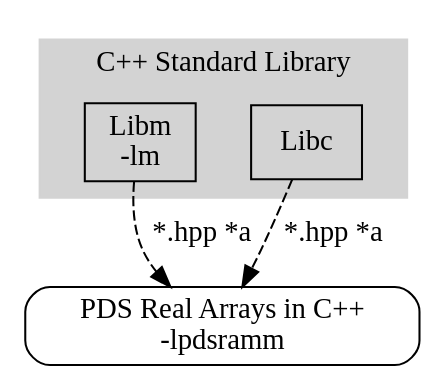
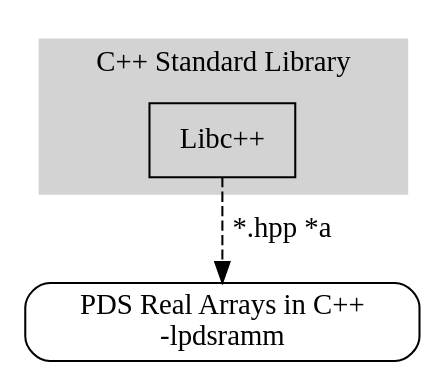
Before and after one commit to trucomanx/libpdsramm: the diagram in manual/imagenes/compilar.dot, drawn with Graphviz. The commit also changed 19 other files, not shown here.

```diff
--- a/manual/imagenes/compilar.dot
+++ b/manual/imagenes/compilar.dot
@@ -1,22 +1,20 @@
 digraph G {
 
 	node [ shape = "Mrecord"  ];
 
 	subgraph cluster_0{
 
 		node [ shape = "box"  ];
 
 		style = filled;
 		color = lightgrey;
 		label = "C++ Standard Library";
 	
-		LIBM		[ label ="Libm\n-lm"];
-		LIBC		[ label ="Libc"];
+		LIBC		[ label ="Libc++"];
 	}
 
 	PDSRA		[ label ="PDS Real Arrays in C++\n-lpdsramm"];
 
 	LIBC 		-> PDSRA [label = "*.hpp *a", style=dashed];
-	LIBM 		-> PDSRA [label = "*.hpp *a", style=dashed];
 
 }
```
